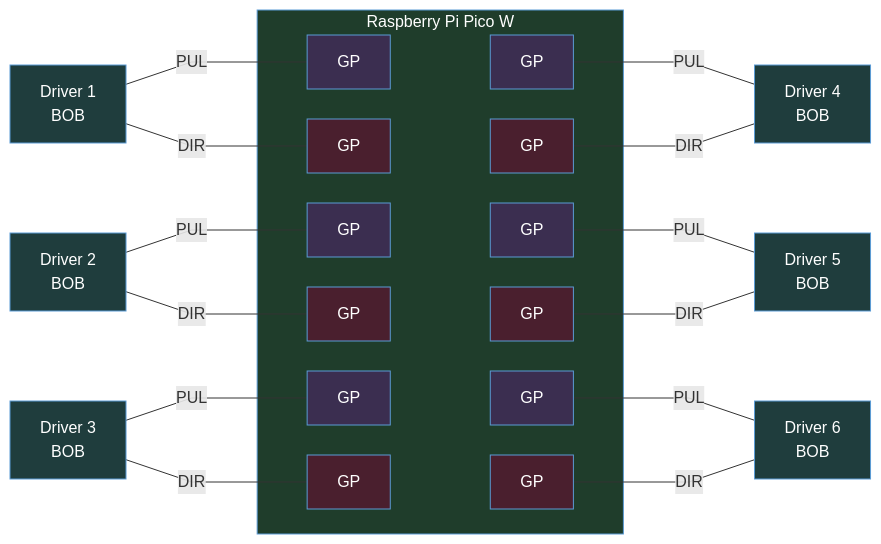
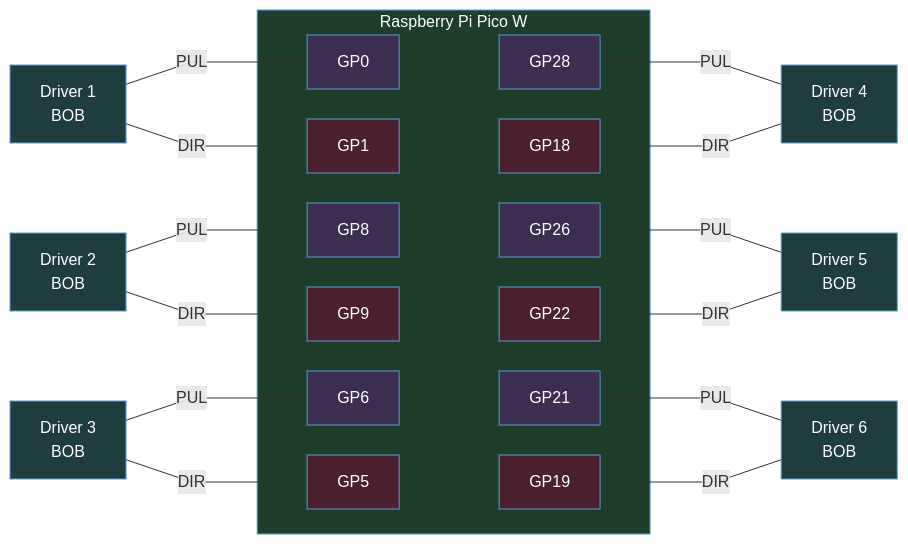
One commit to lyngstad-armin/scale-crane-electric-wire-luffing changed the second of 3 diagrams in Wiring Schematics/PLATFORM_wiring.md. Above: the diagram before and after it, drawn with Mermaid. The commit also changed other lines of this file and 35 other files, not shown here.

Commit message:
Added all scripts for Platform, Started writing Rigging Guide.md, corrected some wiring diagrams and associated mmd files.

````diff
--- a/Wiring Schematics/PLATFORM_wiring.md
+++ b/Wiring Schematics/PLATFORM_wiring.md
@@ -236,16 +235,16 @@
 GPX12:::maroon
 
 %%Name
-GPX1["GP"]
-GPX2["GP"]
-GPX3["GP"]
-GPX4["GP"]
-GPX5["GP"]
-GPX6["GP"]
-GPX7["GP"]
-GPX8["GP"]
-GPX9["GP"]
-GPX10["GP"]
-GPX11["GP"]
-GPX12["GP"]
+GPX1["GP0"]
+GPX2["GP1"]
+GPX3["GP8"]
+GPX4["GP9"]
+GPX5["GP6"]
+GPX6["GP5"]
+GPX7["GP28"]
+GPX8["GP18"]
+GPX9["GP26"]
+GPX10["GP22"]
+GPX11["GP21"]
+GPX12["GP19"]
 ```
````
